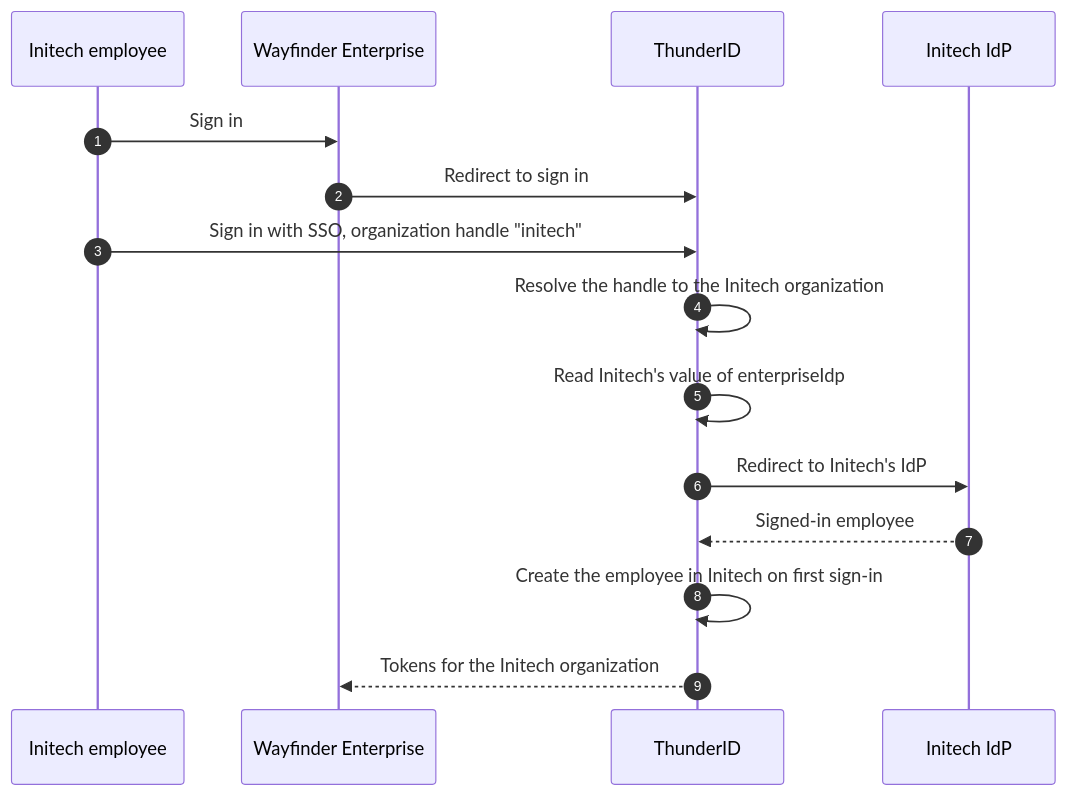
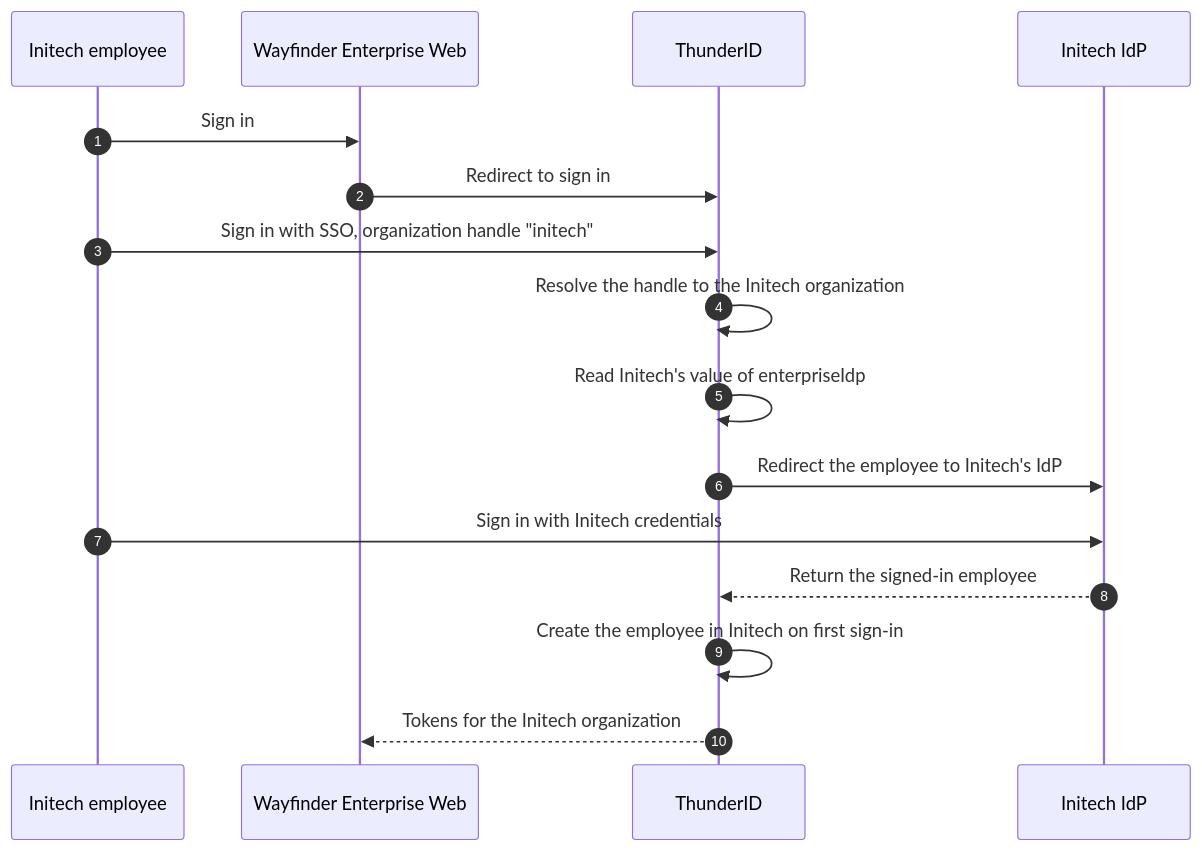
The diagram in docs/content/use-cases/b2b/journeys/enterprise-sso.mdx (thunder-id/thunderid), drawn with Mermaid before and after one commit. The commit also changed other lines of this file and 12 other files, not shown here.

````diff
--- a/docs/content/use-cases/b2b/journeys/enterprise-sso.mdx
+++ b/docs/content/use-cases/b2b/journeys/enterprise-sso.mdx
@@ -25,17 +30,18 @@
 ```mermaid
 sequenceDiagram
   autonumber
   participant Emp as Initech employee
-  participant App as Wayfinder Enterprise
+  participant App as Wayfinder Enterprise Web
   participant TID as ThunderID
   participant Corp as Initech IdP
   Emp->>App: Sign in
   App->>TID: Redirect to sign in
   Emp->>TID: Sign in with SSO, organization handle "initech"
   TID->>TID: Resolve the handle to the Initech organization
   TID->>TID: Read Initech's value of enterpriseIdp
-  TID->>Corp: Redirect to Initech's IdP
-  Corp-->>TID: Signed-in employee
+  TID->>Corp: Redirect the employee to Initech's IdP
+  Emp->>Corp: Sign in with Initech credentials
+  Corp-->>TID: Return the signed-in employee
   TID->>TID: Create the employee in Initech on first sign-in
   TID-->>App: Tokens for the Initech organization
 ```
````
